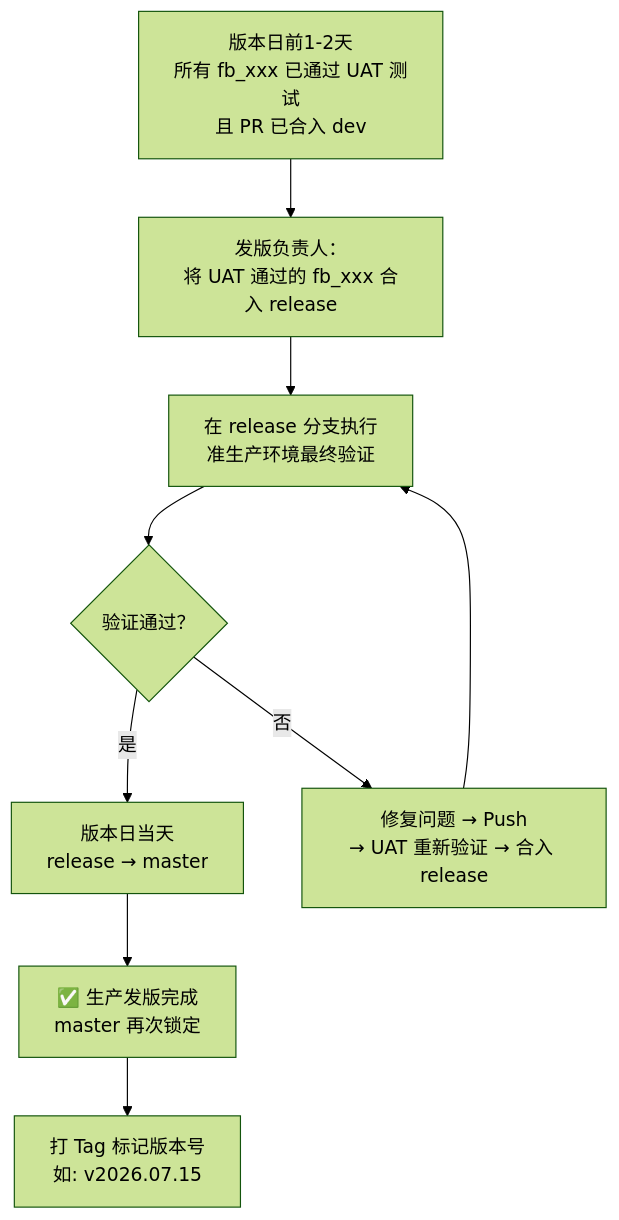
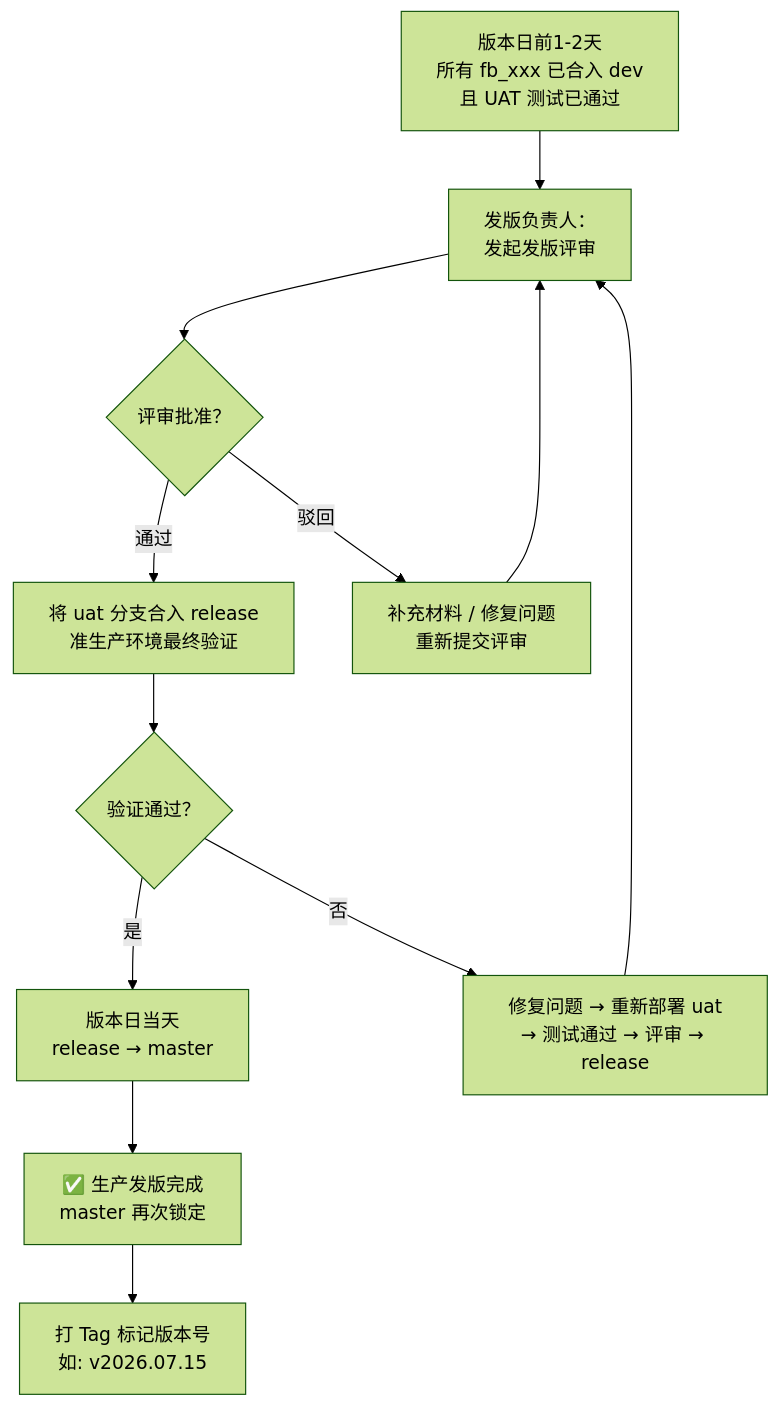
One commit to livebug/vpblogs changed the tenth of 19 diagrams in docs/learn/VSCodeEx/2026-07-11-vscode-git-guide.md. Above: the diagram before and after it, drawn with Mermaid (forest theme). The commit also changed other lines of this file and 6 other files, not shown here.

First line of the commit message:
feat: ETL Git 操作手册 + Mermaid 图表渲染 + 页面美化

````diff
--- a/docs/learn/VSCodeEx/2026-07-11-vscode-git-guide.md
+++ b/docs/learn/VSCodeEx/2026-07-11-vscode-git-guide.md
@@ -425,11 +441,14 @@
 ```mermaid
 flowchart TD
-    A["版本日前1-2天<br/>所有 fb_xxx 已通过 UAT 测试<br/>且 PR 已合入 dev"] --> B["发版负责人：<br/>将 UAT 通过的 fb_xxx 合入 release"]
-    B --> C["在 release 分支执行<br/>准生产环境最终验证"]
-    C --> D{"验证通过？"}
-    D -->|"是"| E["版本日当天<br/>release → master"]
-    D -->|"否"| F["修复问题 → Push<br/>→ UAT 重新验证 → 合入 release"]
-    F --> C
-    E --> G["✅ 生产发版完成<br/>master 再次锁定"]
-    G --> H["打 Tag 标记版本号<br/>如: v2026.07.15"]
+    A["版本日前1-2天<br/>所有 fb_xxx 已合入 dev<br/>且 UAT 测试已通过"] --> B["发版负责人：<br/>发起发版评审"]
+    B --> C{"评审批准？"}
+    C -->|"通过"| D["将 uat 分支合入 release<br/>准生产环境最终验证"]
+    C -->|"驳回"| E["补充材料 / 修复问题<br/>重新提交评审"]
+    E --> B
+    D --> F{"验证通过？"}
+    F -->|"是"| G["版本日当天<br/>release → master"]
+    F -->|"否"| H["修复问题 → 重新部署 uat<br/>→ 测试通过 → 评审 → release"]
+    H --> B
+    G --> I["✅ 生产发版完成<br/>master 再次锁定"]
+    I --> J["打 Tag 标记版本号<br/>如: v2026.07.15"]
 ```
````
